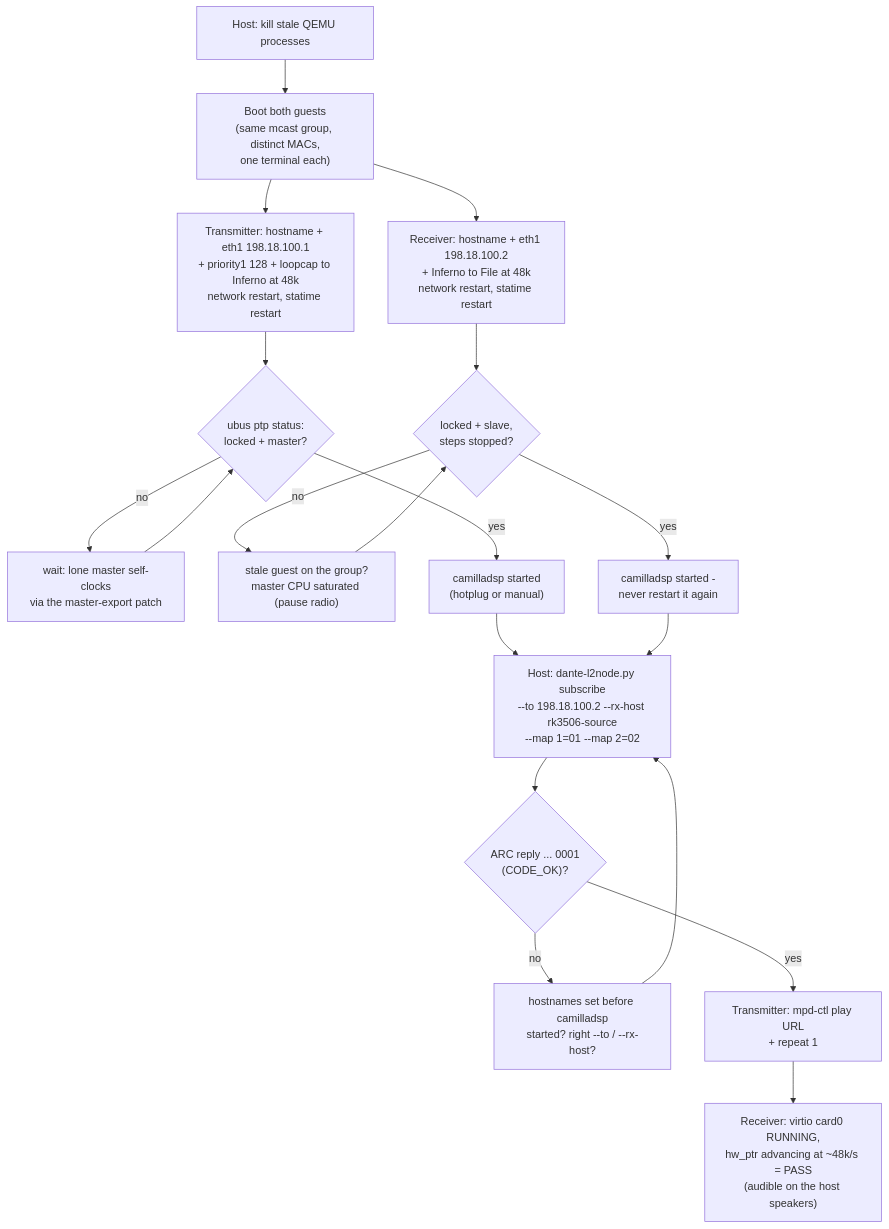
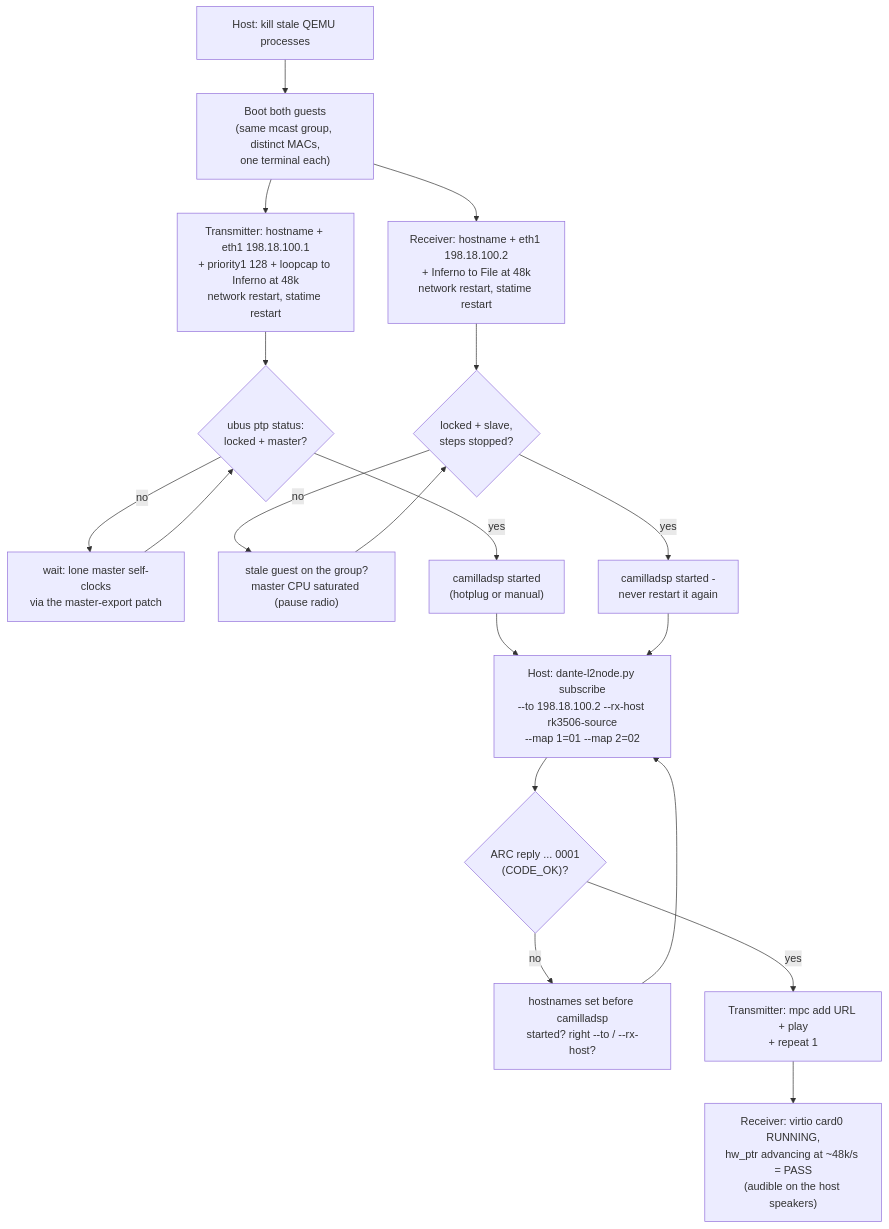
One commit to hitech95/AoIP-Virgilio changed the second of 2 diagrams in docs/radio-over-dante.md. Above: the diagram before and after it, drawn with Mermaid. The commit also changed other lines of this file and 12 other files, not shown here.

````diff
--- a/docs/radio-over-dante.md
+++ b/docs/radio-over-dante.md
@@ -43,18 +43,18 @@
 ```mermaid
 flowchart TD
     H0["Host: kill stale QEMU processes"] --> BOOT["Boot both guests<br/>(same mcast group, distinct MACs,<br/>one terminal each)"]
     BOOT --> TXCFG["Transmitter: hostname + eth1 198.18.100.1<br/>+ priority1 128 + loopcap to Inferno at 48k<br/>network restart, statime restart"]
     BOOT --> RXCFG["Receiver: hostname + eth1 198.18.100.2<br/>+ Inferno to File at 48k<br/>network restart, statime restart"]
     TXCFG --> LOCKB{"ubus ptp status:<br/>locked + master?"}
     LOCKB -- no --> WAITB["wait: lone master self-clocks<br/>via the master-export patch"] --> LOCKB
     RXCFG --> LOCKA{"locked + slave,<br/>steps stopped?"}
     LOCKA -- no --> WAITA["stale guest on the group?<br/>master CPU saturated (pause radio)"] --> LOCKA
     LOCKB -- yes --> STARTB["camilladsp started<br/>(hotplug or manual)"]
     LOCKA -- yes --> STARTA["camilladsp started -<br/>never restart it again"]
     STARTB --> SUB["Host: dante-l2node.py subscribe<br/>--to 198.18.100.2 --rx-host rk3506-source<br/>--map 1=01 --map 2=02"]
     STARTA --> SUB
     SUB --> OK{"ARC reply ... 0001<br/>(CODE_OK)?"}
     OK -- no --> FIX["hostnames set before camilladsp<br/>started? right --to / --rx-host?"] --> SUB
-    OK -- yes --> RADIO["Transmitter: mpd-ctl play URL<br/>+ repeat 1"]
+    OK -- yes --> RADIO["Transmitter: mpc add URL + play<br/>+ repeat 1"]
     RADIO --> VERIFY["Receiver: virtio card0 RUNNING,<br/>hw_ptr advancing at ~48k/s = PASS<br/>(audible on the host speakers)"]
 ```
````
